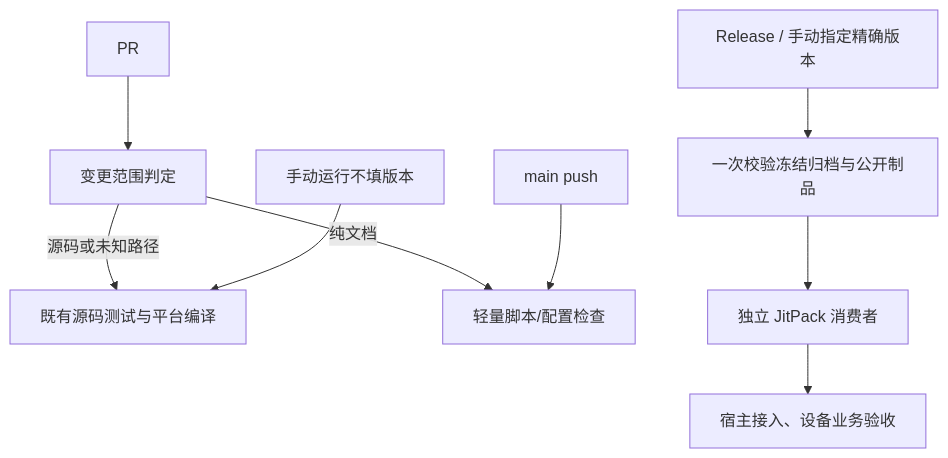
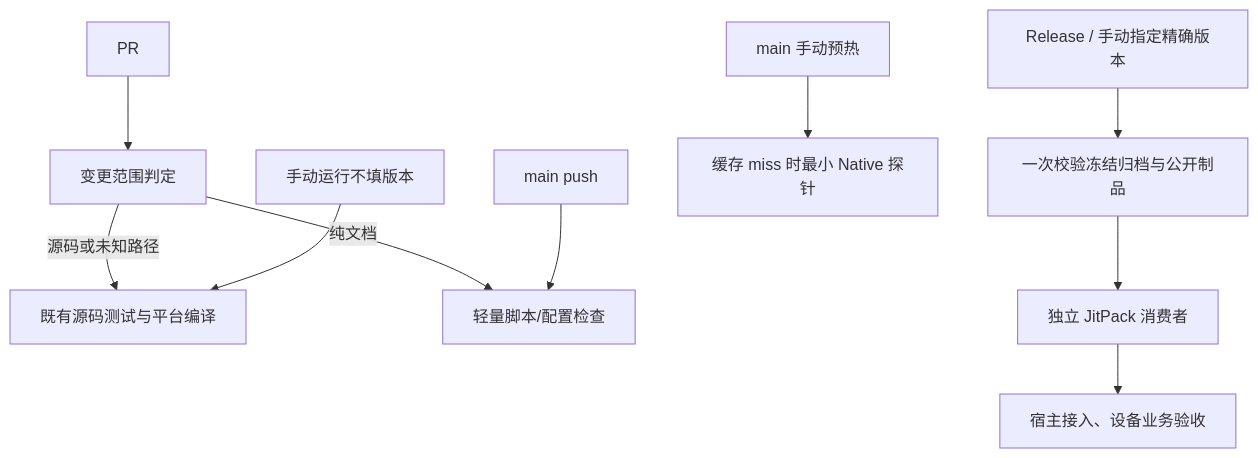
One commit to gycrosskit/.github changed the diagram in docs/持续集成门禁.md. Above: the diagram before and after it, drawn with Mermaid. The commit also changed other lines of this file and 7 other files, not shown here.

Commit message:
build(ci): reuse trusted main Native toolchains and simplify release checks

````diff
--- a/docs/持续集成门禁.md
+++ b/docs/持续集成门禁.md
@@ -7,11 +7,12 @@
 ```mermaid
 flowchart TB
     PR["PR"] --> Scope["变更范围判定"]
     Scope -->|源码或未知路径| Source["既有源码测试与平台编译"]
     Scope -->|纯文档| Light["轻量脚本/配置检查"]
     Main["main push"] --> Light
     Dispatch["手动运行不填版本"] --> Source
+    Warm["main 手动预热"] --> Toolchain["缓存 miss 时最小 Native 探针"]
     Release["Release / 手动指定精确版本"] --> Public["一次校验冻结归档与公开制品"]
     Public --> Consumer["独立 JitPack 消费者"]
     Consumer --> Host["宿主接入、设备业务验收"]
 ```
````
